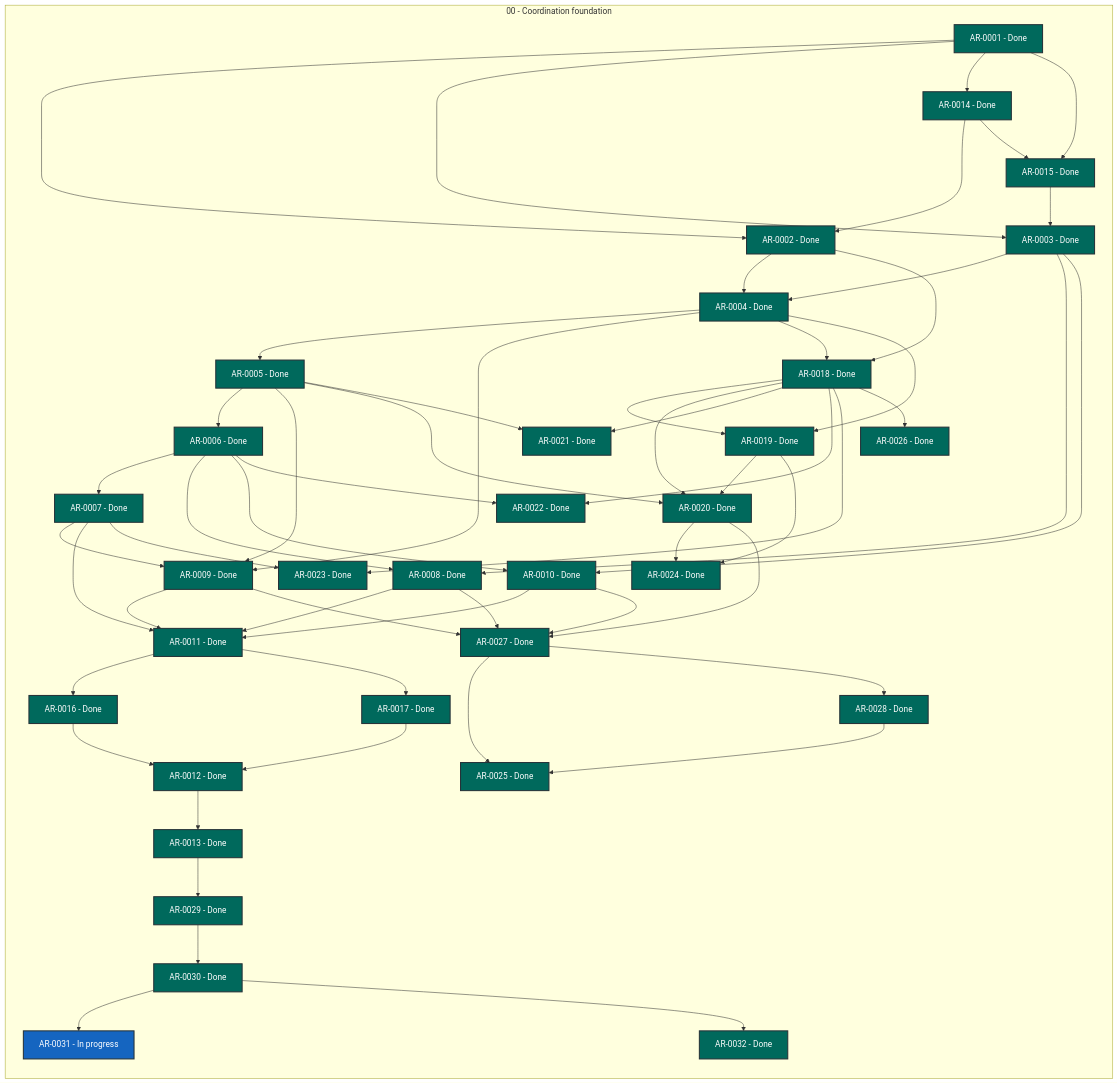
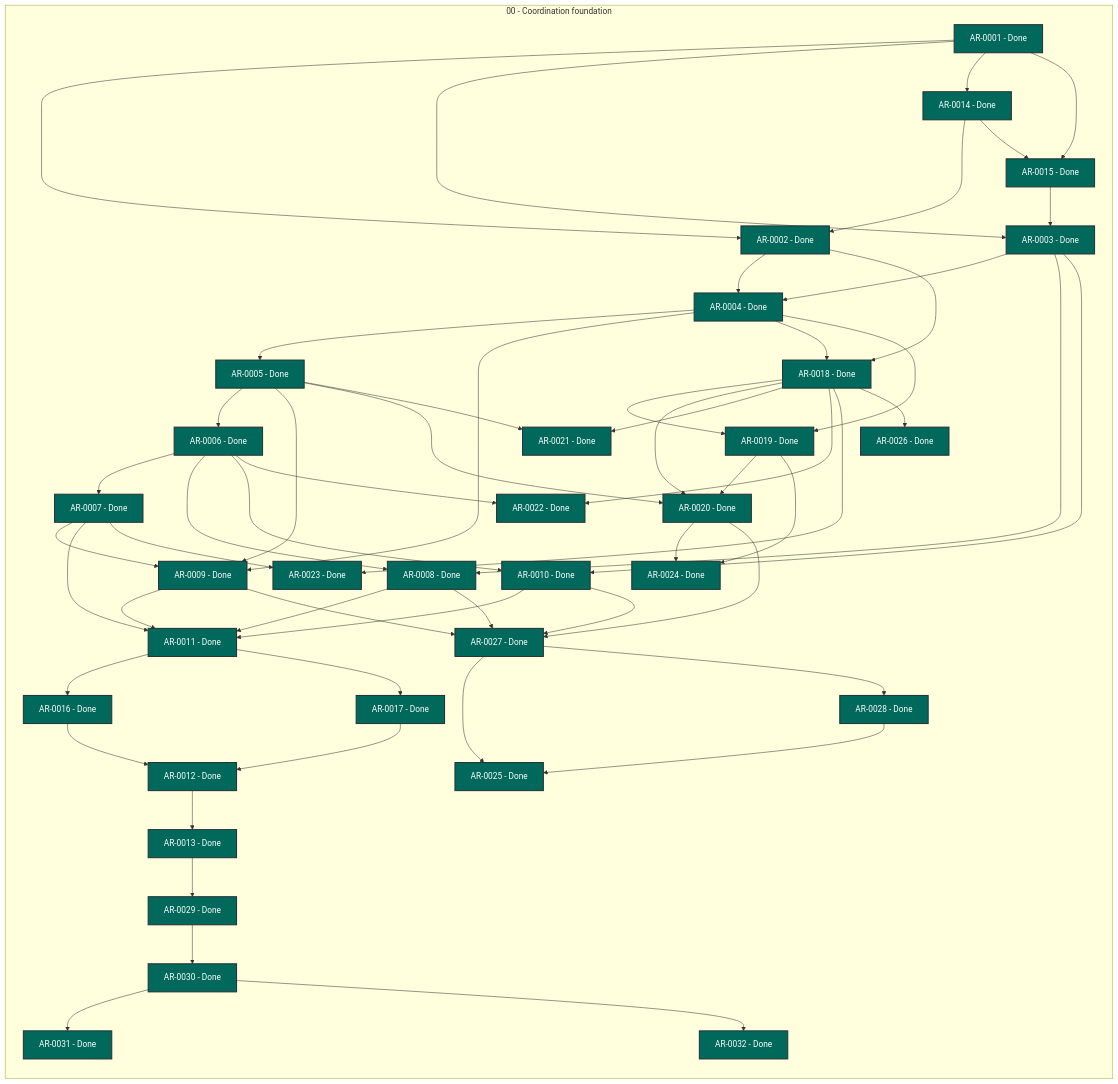
Before and after one commit to martin-beck/agent-workflow-tui-state: the diagram in STATUS.md, drawn with Mermaid. The commit also changed other lines of this file and 2 other files, not shown here.

```diff
--- a/STATUS.md
+++ b/STATUS.md
@@ -58,7 +58,7 @@
         AR_0028["AR-0028 - Done"]:::status_done
         AR_0029["AR-0029 - Done"]:::status_done
         AR_0030["AR-0030 - Done"]:::status_done
-        AR_0031["AR-0031 - In progress"]:::status_in_progress
+        AR_0031["AR-0031 - Done"]:::status_done
         AR_0032["AR-0032 - Done"]:::status_done
     end
     AR_0001 --> AR_0002
```
